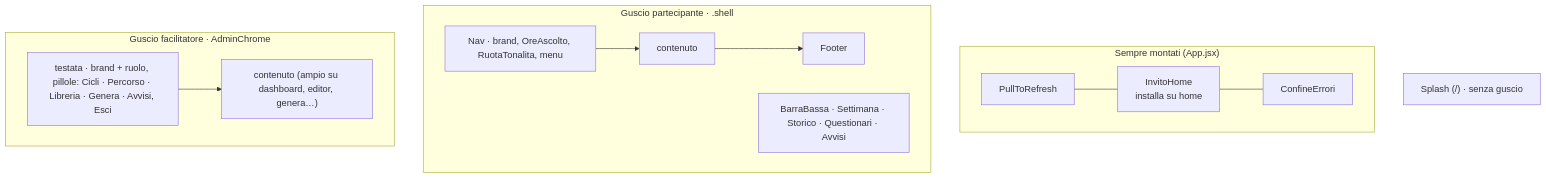
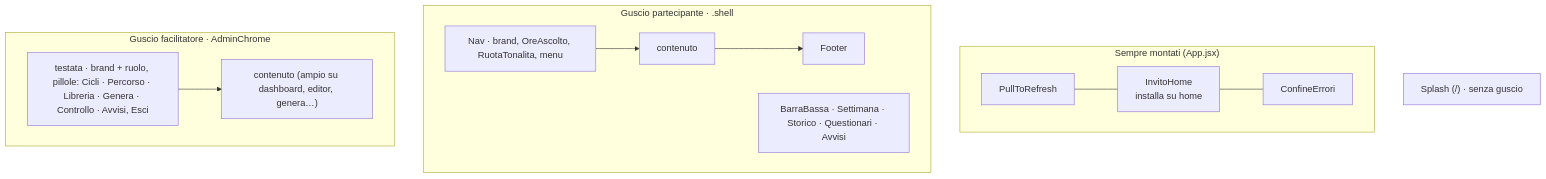
The diagram in docs/interfaccia.md (salonbookingsystemou-dot/conscio), drawn with Mermaid before and after one commit. The commit also changed other lines of this file and 13 other files, not shown here.

Commit message:
Controllo tracce per il facilitatore; Genera tutto rigenera anche i paragrafi resi obsoleti

````diff
--- a/docs/interfaccia.md
+++ b/docs/interfaccia.md
@@ -13,14 +13,14 @@
 ```mermaid
 flowchart TB
   subgraph Globali["Sempre montati (App.jsx)"]
     PTR[PullToRefresh] --- IH[InvitoHome<br/>installa su home] --- CE[ConfineErrori]
   end
   subgraph Part["Guscio partecipante · .shell"]
     NAV["Nav · brand, OreAscolto, RuotaTonalita, menu"] --> CONT1[contenuto] --> FOOT[Footer]
     BB["BarraBassa · Settimana · Storico · Questionari · Avvisi"]
   end
   subgraph Fac["Guscio facilitatore · AdminChrome"]
-    TOP["testata · brand + ruolo, pillole: Cicli · Percorso · Libreria · Genera · Avvisi, Esci"] --> CONT2["contenuto (ampio su dashboard, editor, genera…)"]
+    TOP["testata · brand + ruolo, pillole: Cicli · Percorso · Libreria · Genera · Controllo · Avvisi, Esci"] --> CONT2["contenuto (ampio su dashboard, editor, genera…)"]
   end
   SPL["Splash (/) · senza guscio"]
 ```
````
